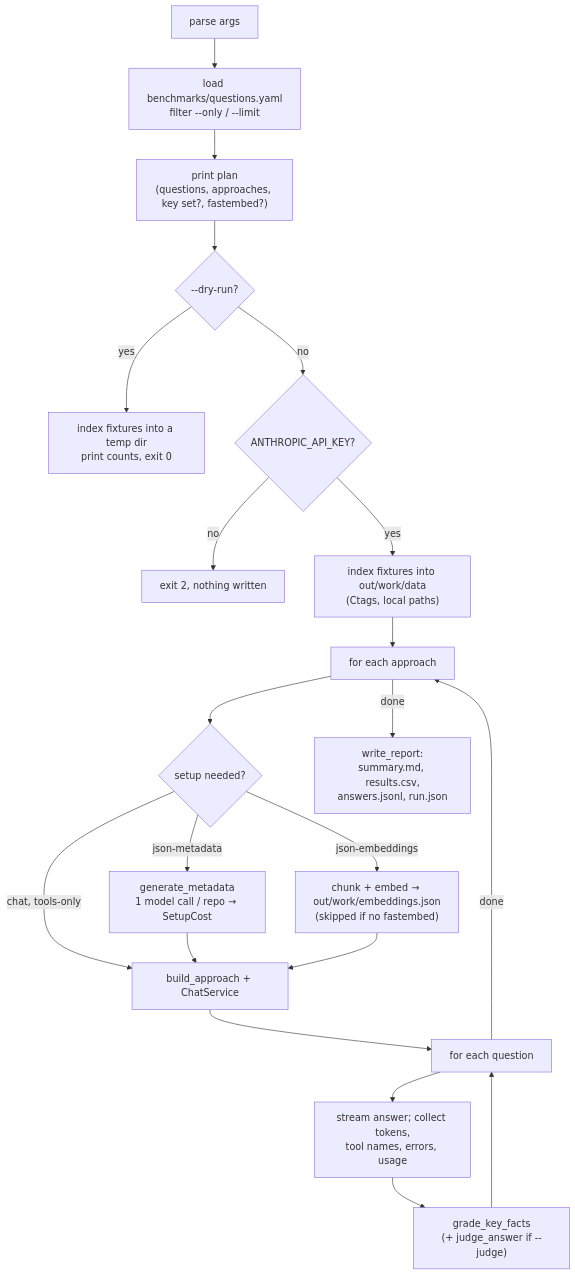
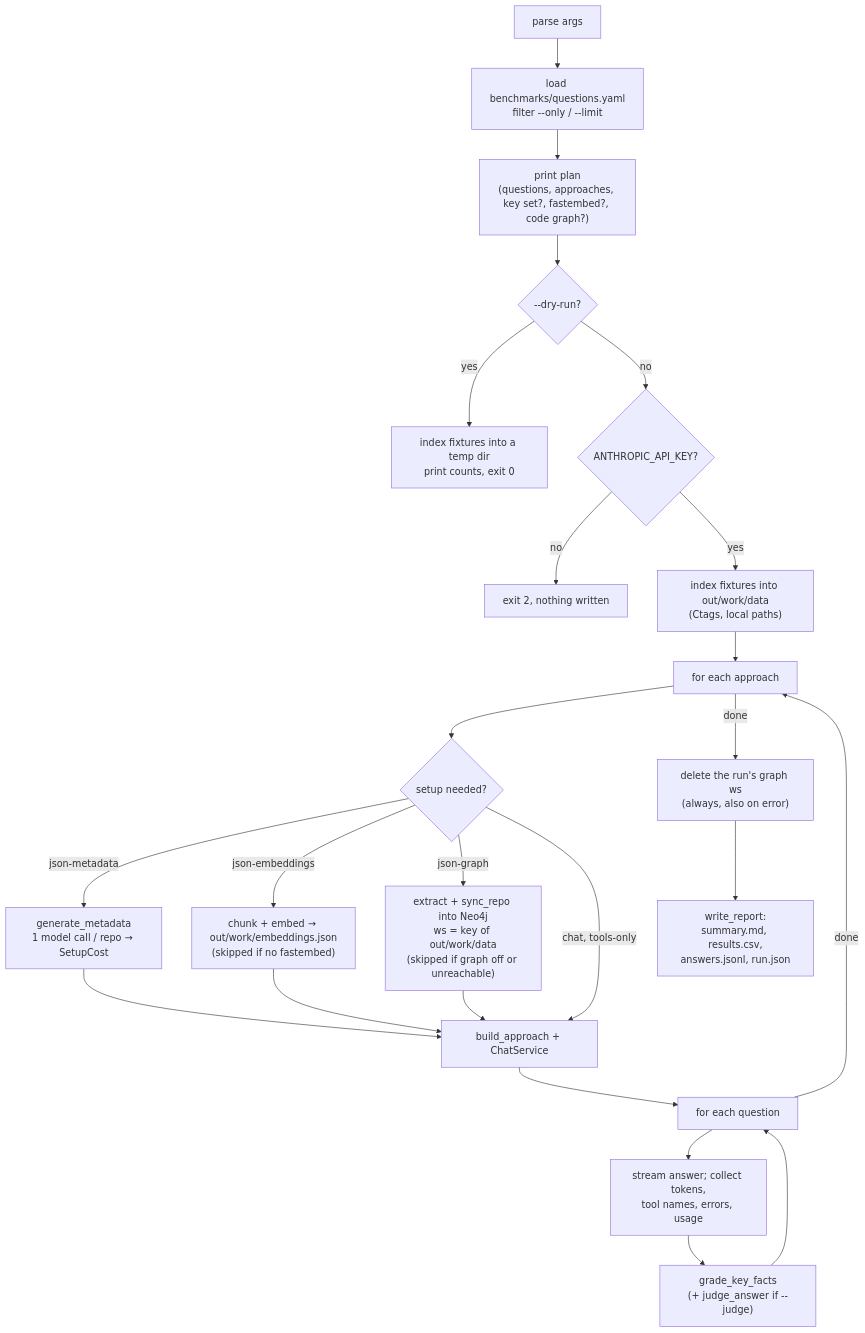
One commit to ankmay0/repository-analyzer changed the eighth of 9 diagrams in backend/docs/dataflow.md. Above: the diagram before and after it, drawn with Mermaid. The commit also changed other lines of this file and 18 other files, not shown here.

First line of the commit message:
Add a json-graph approach to Compare and the benchmark

````diff
--- a/backend/docs/dataflow.md
+++ b/backend/docs/dataflow.md
@@ -364,23 +371,26 @@
 ```mermaid
 flowchart TD
     A[parse args] --> B["load benchmarks/questions.yaml<br/>filter --only / --limit"]
-    B --> C["print plan<br/>(questions, approaches, key set?, fastembed?)"]
+    B --> C["print plan<br/>(questions, approaches, key set?, fastembed?, code graph?)"]
     C --> D{--dry-run?}
     D -->|yes| E["index fixtures into a temp dir<br/>print counts, exit 0"]
     D -->|no| F{ANTHROPIC_API_KEY?}
     F -->|no| G["exit 2, nothing written"]
     F -->|yes| H["index fixtures into out/work/data<br/>(Ctags, local paths)"]
     H --> I[for each approach]
     I --> J{"setup needed?"}
     J -->|json-metadata| K["generate_metadata<br/>1 model call / repo → SetupCost"]
     J -->|json-embeddings| L["chunk + embed → out/work/embeddings.json<br/>(skipped if no fastembed)"]
+    J -->|json-graph| LG["extract + sync_repo into Neo4j<br/>ws = key of out/work/data<br/>(skipped if graph off or unreachable)"]
     J -->|chat, tools-only| M
     K --> M[build_approach + ChatService]
     L --> M
+    LG --> M
     M --> N[for each question]
     N --> O["stream answer; collect tokens,<br/>tool names, errors, usage"]
     O --> P["grade_key_facts<br/>(+ judge_answer if --judge)"]
     P --> N
     N -->|done| I
-    I -->|done| R["write_report:<br/>summary.md, results.csv,<br/>answers.jsonl, run.json"]
+    I -->|done| DG["delete the run's graph ws<br/>(always, also on error)"]
+    DG --> R["write_report:<br/>summary.md, results.csv,<br/>answers.jsonl, run.json"]
 ```
````
